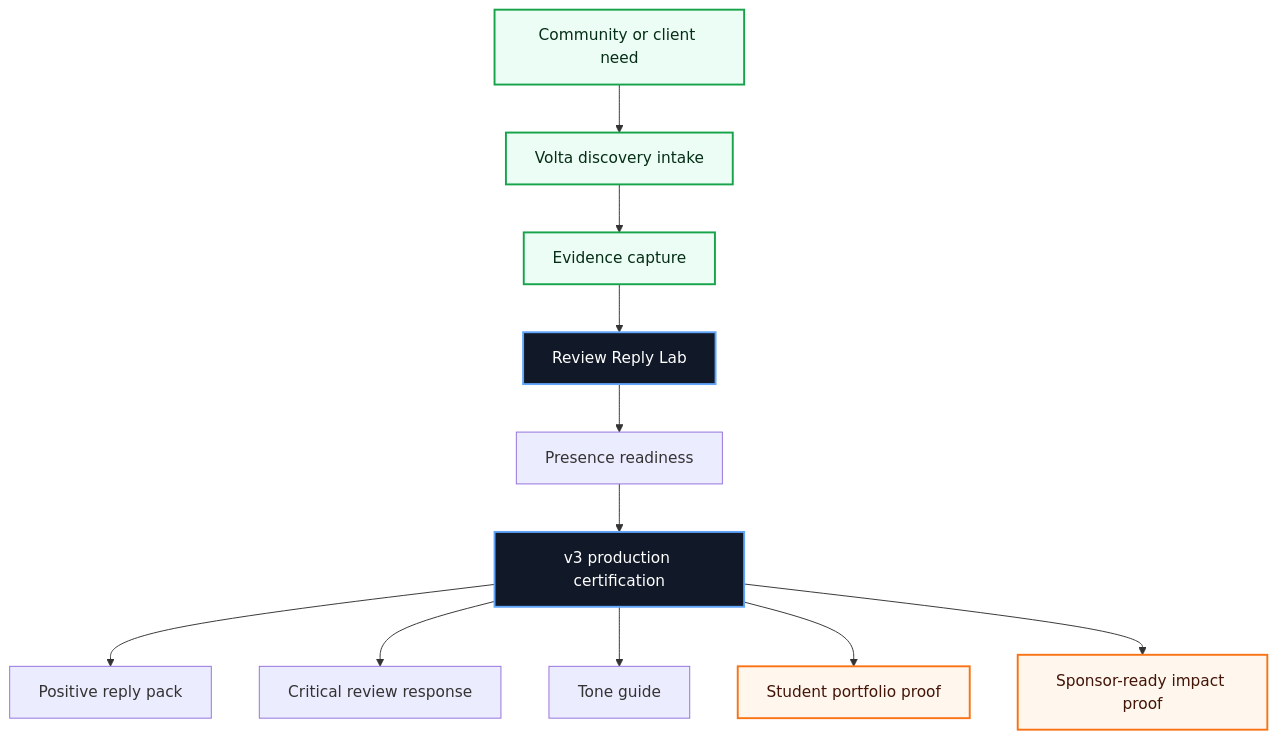
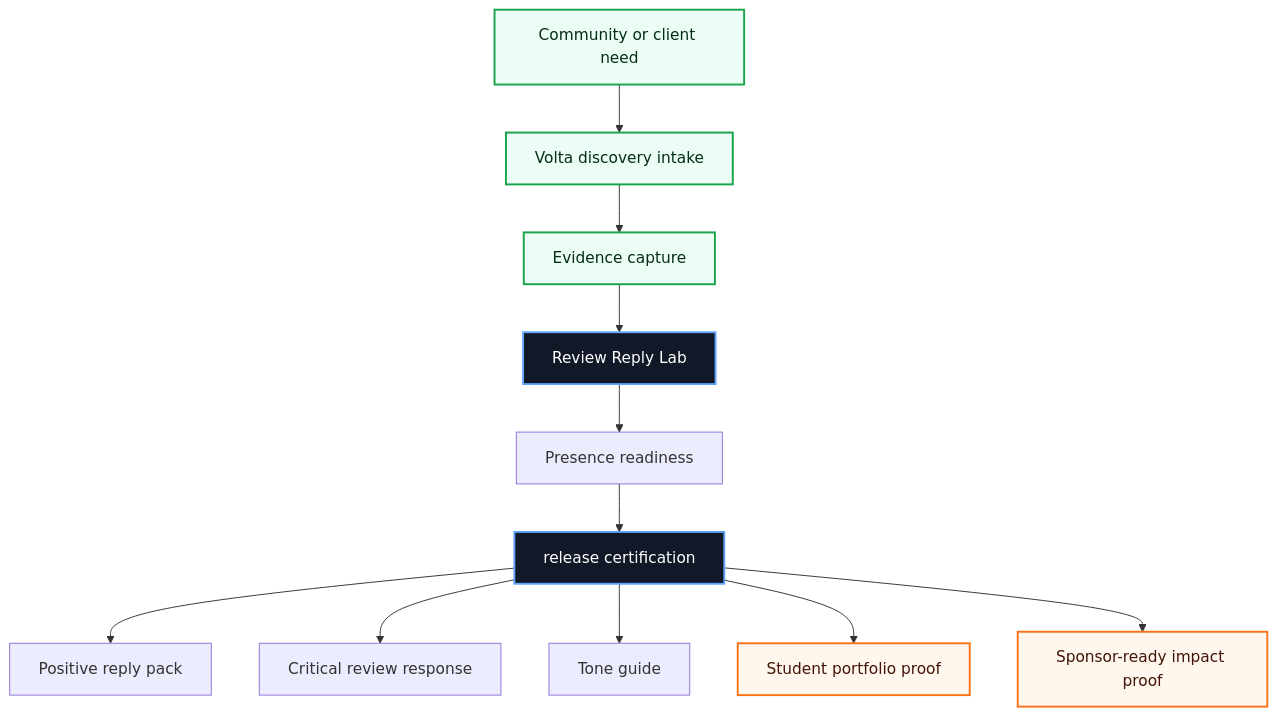
One commit to volta-npo/review-reply-lab changed the first of 3 diagrams in README.md. Above: the diagram before and after it, drawn with Mermaid. The commit also changed other lines of this file and 28 other files, not shown here.

````diff
--- a/README.md
+++ b/README.md
@@ -43,20 +43,20 @@
 ```mermaid
 flowchart TD
     Need["Community or client need"] --> Intake["Volta discovery intake"]
     Intake --> Evidence["Evidence capture"]
     Evidence --> Workbench["Review Reply Lab"]
     Workbench --> Score["Presence readiness"]
-    Score --> Cert["v3 production certification"]
+    Score --> Cert["release certification"]
     Cert --> A1["Positive reply pack"]
     Cert --> A2["Critical review response"]
     Cert --> A3["Tone guide"]
     Cert --> Student["Student portfolio proof"]
     Cert --> Sponsor["Sponsor-ready impact proof"]
 
     classDef volta fill:#111827,stroke:#60a5fa,color:#ffffff,stroke-width:2px;
     classDef equity fill:#ecfdf5,stroke:#16a34a,color:#052e16,stroke-width:2px;
     classDef proof fill:#fff7ed,stroke:#f97316,color:#431407,stroke-width:2px;
     class Workbench,Cert volta;
     class Need,Intake,Evidence equity;
     class Student,Sponsor proof;
 ```
````
